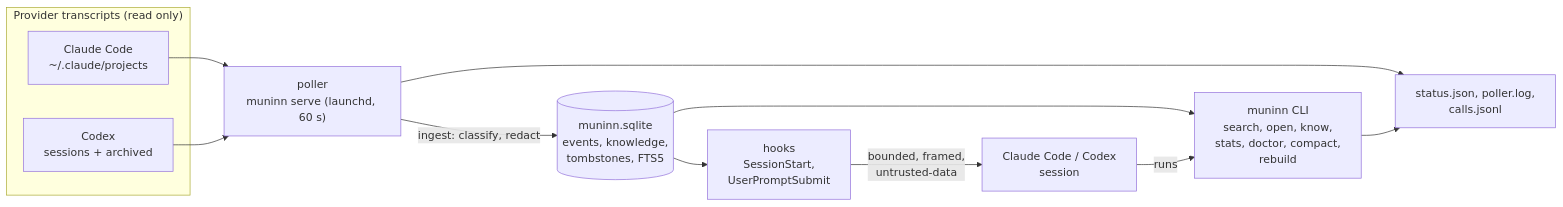
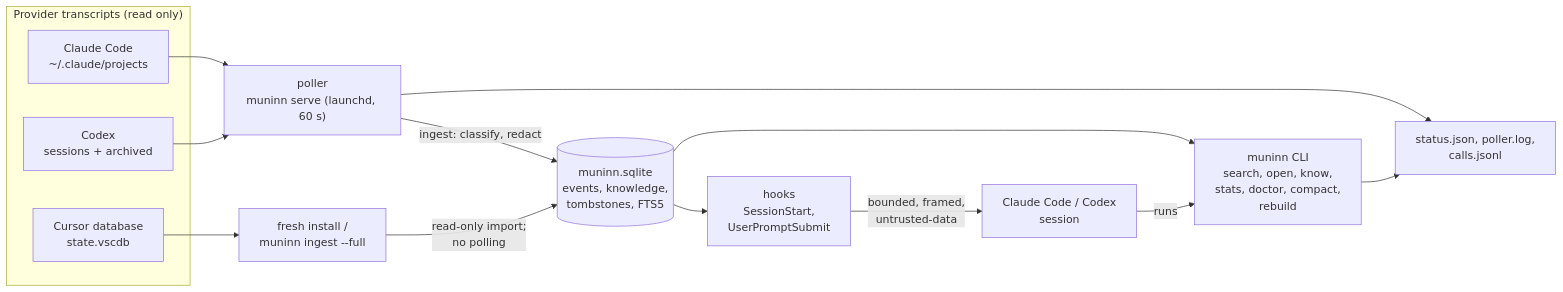
Before and after one commit to blueman82/muninn: the diagram in docs/ARCHITECTURE.md, drawn with Mermaid. The commit also changed 3 other files, not shown here.

Commit message:
docs: describe Cursor history import (#16)

````diff
--- a/docs/ARCHITECTURE.md
+++ b/docs/ARCHITECTURE.md
@@ -3,22 +3,26 @@
 ```mermaid
 flowchart LR
   subgraph Providers["Provider transcripts (read only)"]
     CC["Claude Code<br/>~/.claude/projects"]
     CX["Codex<br/>sessions + archived"]
+    CUR["Cursor database<br/>state.vscdb"]
   end
   P["poller<br/>muninn serve (launchd, 60 s)"]
+  CI["fresh install /<br/>muninn ingest --full"]
   DB[("muninn.sqlite<br/>events, knowledge,<br/>tombstones, FTS5")]
   CLI["muninn CLI<br/>search, open, know,<br/>stats, doctor, compact,<br/>rebuild"]
   H["hooks<br/>SessionStart,<br/>UserPromptSubmit"]
   A["Claude Code / Codex<br/>session"]
   L["status.json, poller.log,<br/>calls.jsonl"]
   CC --> P
   CX --> P
   P -->|"ingest: classify, redact"| DB
+  CUR --> CI
+  CI -->|"read-only import;<br/>no polling"| DB
   P --> L
   DB --> CLI
   DB --> H
   H -->|"bounded, framed,<br/>untrusted-data"| A
   A -->|"runs"| CLI
   CLI --> L
 ```
````
